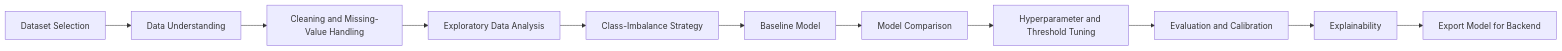
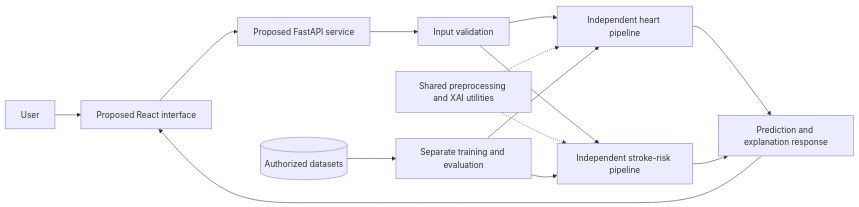
The diagram in README.md (Shrutii-Dixit/NiraVed-AI-Healthcare-Platform), drawn with Mermaid before and after one commit. The commit also changed other lines of this file and 24 other files, not shown here.

````diff
--- a/README.md
+++ b/README.md
@@ -231,13 +66,16 @@
 ```mermaid
 flowchart LR
-    A[Dataset Selection] --> B[Data Understanding]
-    B --> C[Cleaning and Missing-Value Handling]
-    C --> D[Exploratory Data Analysis]
-    D --> E[Class-Imbalance Strategy]
-    E --> F[Baseline Model]
-    F --> G[Model Comparison]
-    G --> H[Hyperparameter and Threshold Tuning]
-    H --> I[Evaluation and Calibration]
-    I --> J[Explainability]
-    J --> K[Export Model for Backend]
+    U[User] --> UI[Proposed React interface]
+    UI --> API[Proposed FastAPI service]
+    API --> V[Input validation]
+    V --> H[Independent heart pipeline]
+    V --> S[Independent stroke-risk pipeline]
+    H --> R[Prediction and explanation response]
+    S --> R
+    R --> UI
+    X[Shared preprocessing and XAI utilities] -.-> H
+    X -.-> S
+    D[(Authorized datasets)] --> T[Separate training and evaluation]
+    T --> H
+    T --> S
 ```
````
